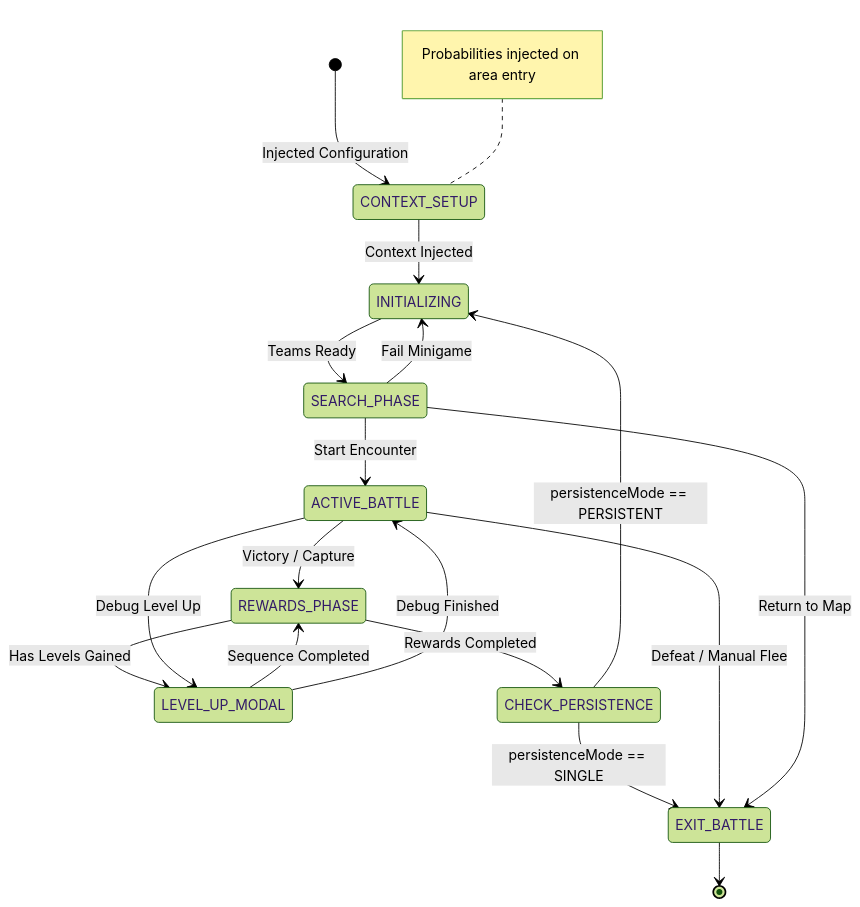
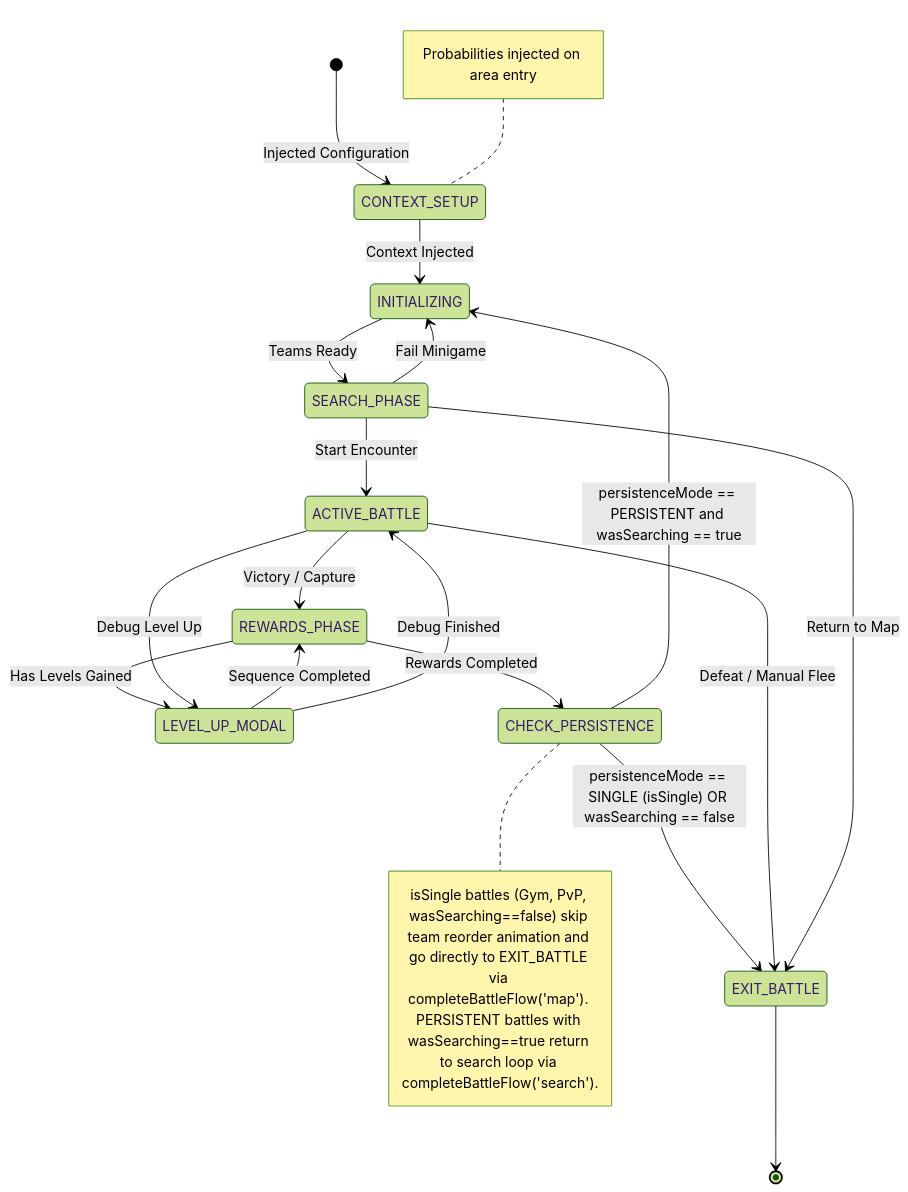
One commit to Darkham77/PokeBorrador changed the second of 18 diagrams in .agents/skills/project-standards/references/battle/battle_mechanics_manual.md. Above: the diagram before and after it, drawn with Mermaid (forest theme). The commit also changed other lines of this file and 282 other files, not shown here.

````diff
--- a/.agents/skills/project-standards/references/battle/battle_mechanics_manual.md
+++ b/.agents/skills/project-standards/references/battle/battle_mechanics_manual.md
@@ -418,29 +418,30 @@
 ```mermaid
 stateDiagram-v2
     [*] --> CONTEXT_SETUP : Injected Configuration
     CONTEXT_SETUP --> INITIALIZING : Context Injected
 
     INITIALIZING --> SEARCH_PHASE : Teams Ready
 
     REWARDS_PHASE --> LEVEL_UP_MODAL : Has Levels Gained
     LEVEL_UP_MODAL --> REWARDS_PHASE : Sequence Completed
 
     REWARDS_PHASE --> CHECK_PERSISTENCE : Rewards Completed
 
     state CHECK_PERSISTENCE <<choice>>
-    CHECK_PERSISTENCE --> INITIALIZING : persistenceMode == PERSISTENT
-    CHECK_PERSISTENCE --> EXIT_BATTLE : persistenceMode == SINGLE
+    CHECK_PERSISTENCE --> INITIALIZING : persistenceMode == PERSISTENT and wasSearching == true
+    CHECK_PERSISTENCE --> EXIT_BATTLE : persistenceMode == SINGLE (isSingle) OR wasSearching == false
 
     ACTIVE_BATTLE --> EXIT_BATTLE : Defeat / Manual Flee
     ACTIVE_BATTLE --> REWARDS_PHASE : Victory / Capture
     ACTIVE_BATTLE --> LEVEL_UP_MODAL : Debug Level Up
     LEVEL_UP_MODAL --> ACTIVE_BATTLE : Debug Finished
 
     SEARCH_PHASE --> ACTIVE_BATTLE : Start Encounter
     SEARCH_PHASE --> EXIT_BATTLE : Return to Map
     SEARCH_PHASE --> INITIALIZING : Fail Minigame
 
     EXIT_BATTLE --> [*]
 
     note left of CONTEXT_SETUP: Probabilities injected on area entry
+    note right of CHECK_PERSISTENCE: isSingle battles (Gym, PvP, wasSearching==false) skip team reorder animation and go directly to EXIT_BATTLE via completeBattleFlow('map'). PERSISTENT battles with wasSearching==true return to search loop via completeBattleFlow('search').
 ```
````
